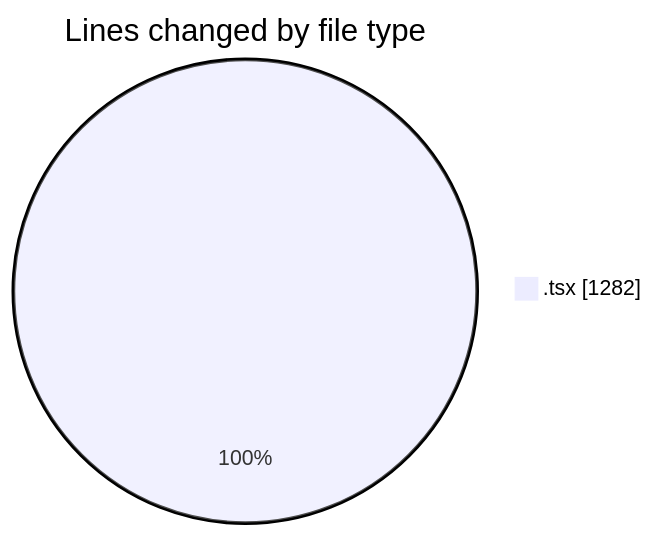
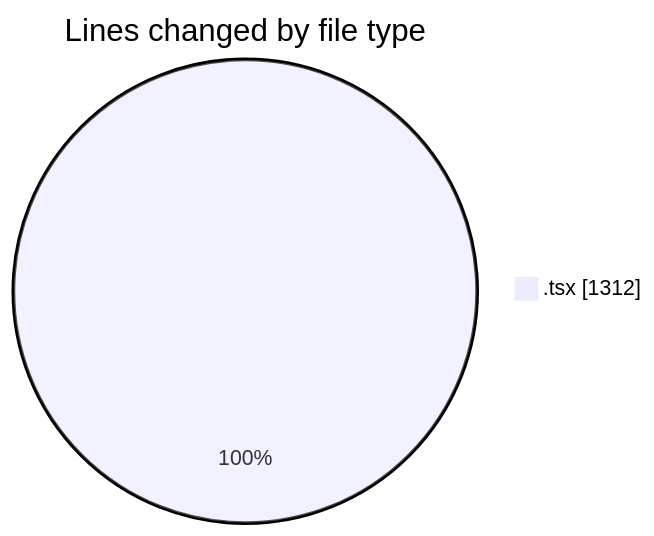
One commit to julien-gomy/code-tracking changed the first of 2 diagrams in 2025-10-13/eventscop-frontend-guide__workspace_/README.md. Above: the diagram before and after it, drawn with Mermaid. The commit also changed other lines of this file and 1 other file, not shown here.

````diff
--- a/2025-10-13/eventscop-frontend-guide__workspace_/README.md
+++ b/2025-10-13/eventscop-frontend-guide__workspace_/README.md
@@ -24,5 +24,5 @@
 ```mermaid
 pie showData
 title Lines changed by file type
-".tsx" : 1282
+".tsx" : 1312
 ```
````
